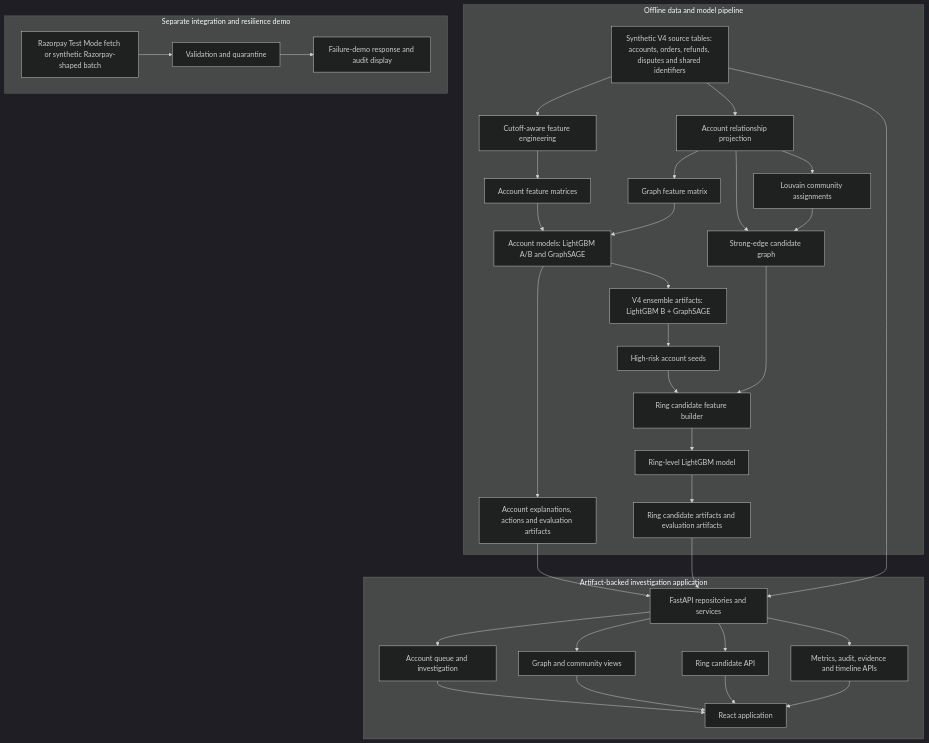
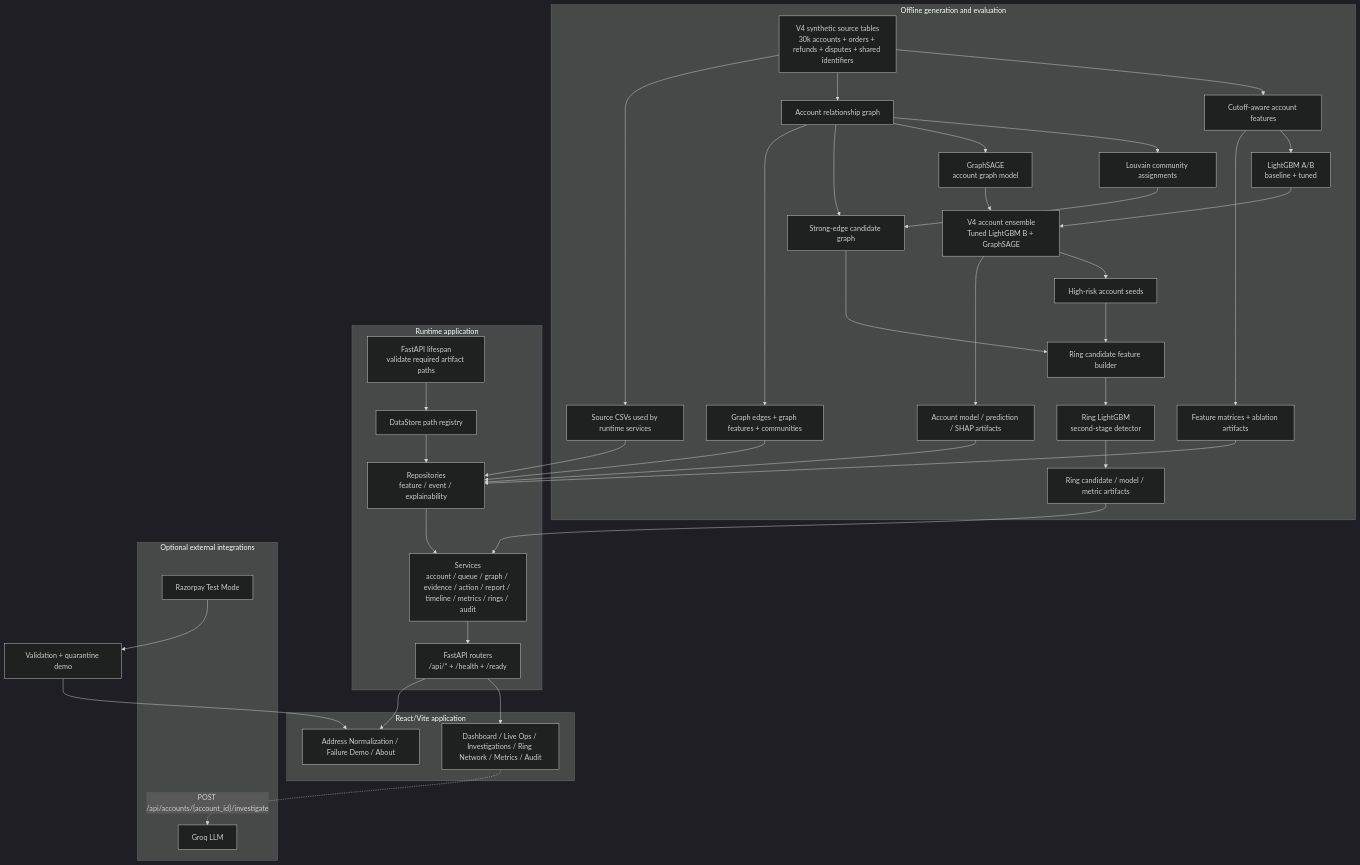
The first of 8 diagrams in docs/architecture.md (aditya-13115/ringWatch), drawn with Mermaid (dark theme) before and after one commit. The commit also changed other lines of this file and 10 other files, not shown here.

````diff
--- a/docs/architecture.md
+++ b/docs/architecture.md
@@ -7,40 +13,64 @@
 ```mermaid
-flowchart TD
-    subgraph Offline[Offline data and model pipeline]
-        A[Synthetic V4 source tables: accounts, orders, refunds, disputes and shared identifiers] --> B[Cutoff-aware feature engineering]
-        A --> C[Account relationship projection]
-        C --> D[Louvain community assignments]
-        B --> E[Account feature matrices]
-        C --> F[Graph feature matrix]
-        E --> G[Account models: LightGBM A/B and GraphSAGE]
-        F --> G
-        G --> H[V4 ensemble artifacts: LightGBM B + GraphSAGE]
-        H --> I[High-risk account seeds]
-        C --> J[Strong-edge candidate graph]
-        D --> J
-        I --> K[Ring candidate feature builder]
-        J --> K
-        K --> L[Ring-level LightGBM model]
-        G --> M[Account explanations, actions and evaluation artifacts]
-        L --> N[Ring candidate artifacts and evaluation artifacts]
+flowchart TB
+    subgraph Offline[Offline generation and evaluation]
+        D["V4 synthetic source tables\n30k accounts + orders + refunds + disputes + shared identifiers"]
+        F["Cutoff-aware account features"]
+        G["Account relationship graph"]
+        C["Louvain community assignments"]
+
+        D --> F
+        D --> G
+        G --> C
+
+        F --> LGBM["LightGBM A/B\nbaseline + tuned"]
+        G --> GNN["GraphSAGE\naccount graph model"]
+        LGBM --> ENS["V4 account ensemble\nTuned LightGBM B + GraphSAGE"]
+        GNN --> ENS
+
+        ENS --> SEED["High-risk account seeds"]
+        G --> EDGE["Strong-edge candidate graph"]
+        C --> EDGE
+        SEED --> RC["Ring candidate feature builder"]
+        EDGE --> RC
+        RC --> RING["Ring LightGBM\nsecond-stage detector"]
+
+        ENS --> AART["Account model / prediction / SHAP artifacts"]
+        RING --> RART["Ring candidate / model / metric artifacts"]
+        F --> FART["Feature matrices + ablation artifacts"]
+        G --> GART["Graph edges + graph features + communities"]
+        D --> SRC["Source CSVs used by runtime services"]
     end
 
-    subgraph Application[Artifact-backed investigation application]
-        M --> O[FastAPI repositories and services]
-        N --> O
-        A --> O
-        O --> P[Account queue and investigation]
-        O --> Q[Graph and community views]
-        O --> R[Ring candidate API]
-        O --> S[Metrics, audit, evidence and timeline APIs]
-        P --> T[React application]
-        Q --> T
-        R --> T
-        S --> T
+    subgraph Runtime[Runtime application]
+        START["FastAPI lifespan\nvalidate required artifact paths"]
+        DS["DataStore path registry"]
+        REPO["Repositories\nfeature / event / explainability"]
+        SVC["Services\naccount / queue / graph / evidence / action / report / timeline / metrics / rings / audit"]
+        API["FastAPI routers\n/api/* + /health + /ready"]
+
+        START --> DS --> REPO --> SVC --> API
     end
 
-    subgraph Demo[Separate integration and resilience demo]
-        U[Razorpay Test Mode fetch or synthetic Razorpay-shaped batch] --> V[Validation and quarantine]
-        V --> W[Failure-demo response and audit display]
+    AART --> REPO
+    RART --> SVC
+    FART --> REPO
+    GART --> REPO
+    SRC --> REPO
+
+    subgraph Frontend[React/Vite application]
+        UI["Dashboard / Live Ops / Investigations / Ring Network / Metrics / Audit"]
+        SUPPORT["Address Normalization / Failure Demo / About"]
     end
+
+    API --> UI
+    API --> SUPPORT
+
+    subgraph External[Optional external integrations]
+        GROQ["Groq LLM"]
+        RZ["Razorpay Test Mode"]
+    end
+
+    UI -. "POST /api/accounts/{account_id}/investigate" .-> GROQ
+    RZ --> DEMO["Validation + quarantine demo"]
+    DEMO --> SUPPORT
 ```
````
